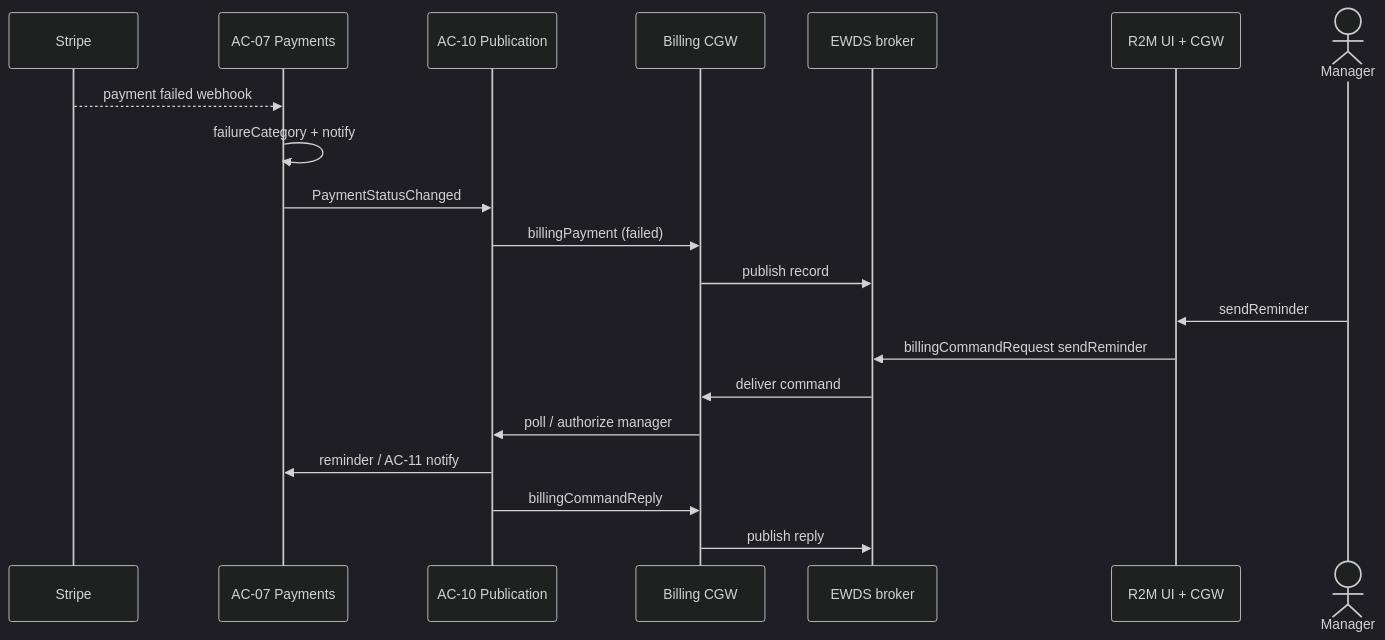
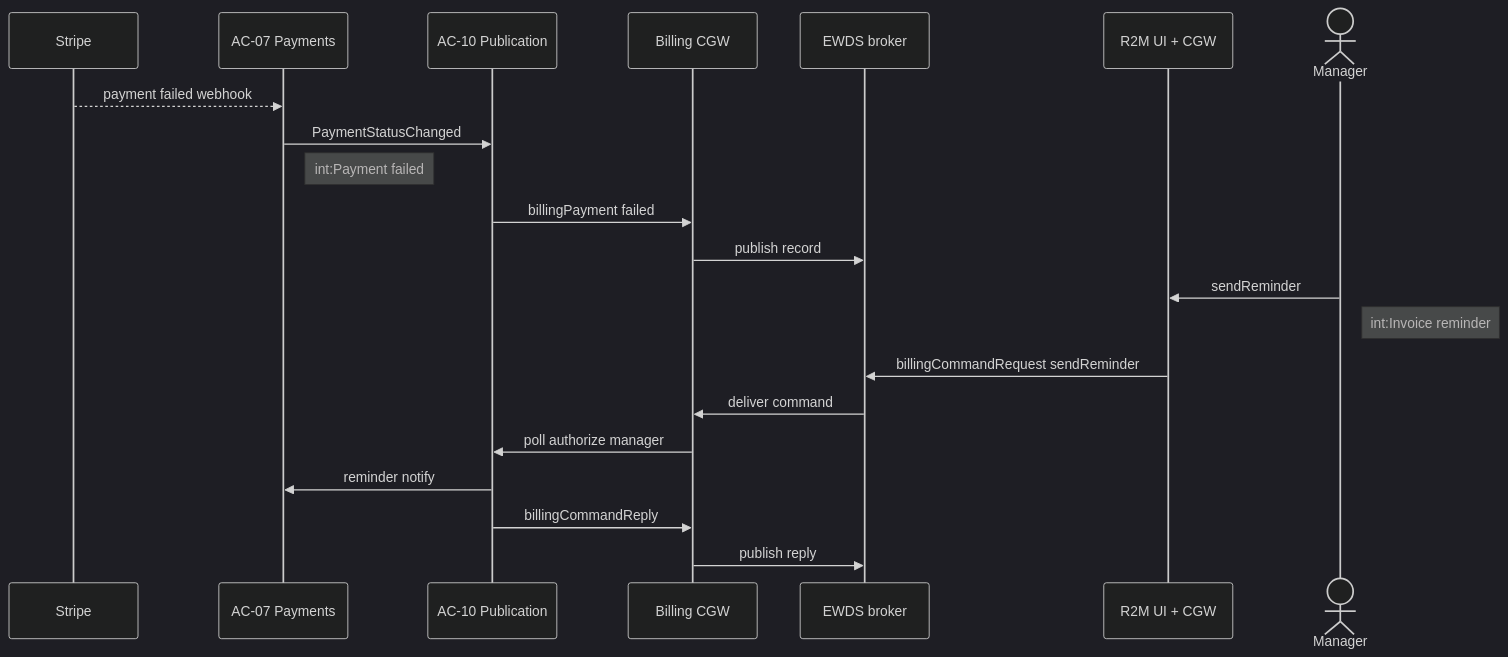
One commit to blooo-io/intelligent-eu-bps-source changed the ninth of 14 diagrams in docs/architecture/07-scenario-flows.md. Above: the diagram before and after it, drawn with Mermaid (dark theme). The commit also changed other lines of this file, not shown here.

First line of the commit message:
docs(INT-451): ontology objects on scenario flow steps; fix S12 Mermaid (#225)

````diff
--- a/docs/architecture/07-scenario-flows.md
+++ b/docs/architecture/07-scenario-flows.md
@@ -252,22 +334,23 @@
 ```mermaid
 sequenceDiagram
   participant Stripe as Stripe
   participant AC07 as AC-07 Payments
   participant AC10 as AC-10 Publication
   participant CGW as Billing CGW
   participant EWDS as EWDS broker
   participant R2M as R2M UI + CGW
   actor Mgr as Manager
   Stripe-->>AC07: payment failed webhook
-  AC07->>AC07: failureCategory + notify
   AC07->>AC10: PaymentStatusChanged
-  AC10->>CGW: billingPayment (failed)
+  Note right of AC07: int:Payment failed
+  AC10->>CGW: billingPayment failed
   CGW->>EWDS: publish record
   Mgr->>R2M: sendReminder
+  Note right of Mgr: int:Invoice reminder
   R2M->>EWDS: billingCommandRequest sendReminder
   EWDS->>CGW: deliver command
-  CGW->>AC10: poll / authorize manager
-  AC10->>AC07: reminder / AC-11 notify
+  CGW->>AC10: poll authorize manager
+  AC10->>AC07: reminder notify
   AC10->>CGW: billingCommandReply
   CGW->>EWDS: publish reply
 ```
````
